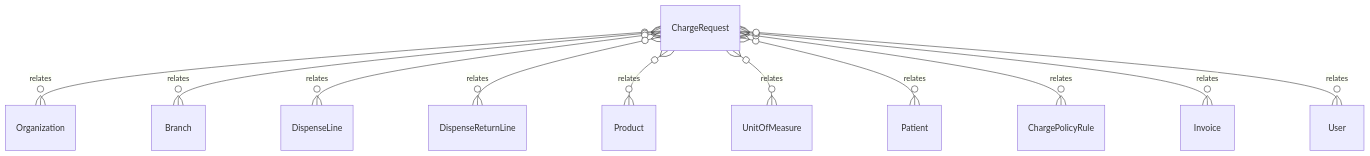
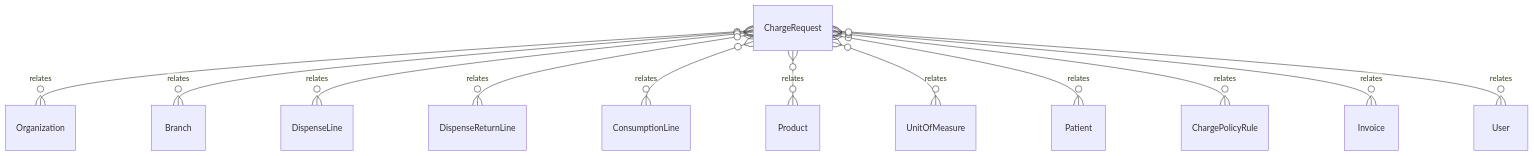
Before and after one commit to tejasnirala/rcln: the diagram in .kb/Database/ChargeRequest.md, drawn with Mermaid. The commit also changed other lines of this file and 139 other files, not shown here.

````diff
--- a/.kb/Database/ChargeRequest.md
+++ b/.kb/Database/ChargeRequest.md
@@ -74,13 +77,14 @@
 ```mermaid
 erDiagram
     ChargeRequest }o--o{ Organization : relates
     ChargeRequest }o--o{ Branch : relates
     ChargeRequest }o--o{ DispenseLine : relates
     ChargeRequest }o--o{ DispenseReturnLine : relates
+    ChargeRequest }o--o{ ConsumptionLine : relates
     ChargeRequest }o--o{ Product : relates
     ChargeRequest }o--o{ UnitOfMeasure : relates
     ChargeRequest }o--o{ Patient : relates
     ChargeRequest }o--o{ ChargePolicyRule : relates
     ChargeRequest }o--o{ Invoice : relates
     ChargeRequest }o--o{ User : relates
 ```
````
